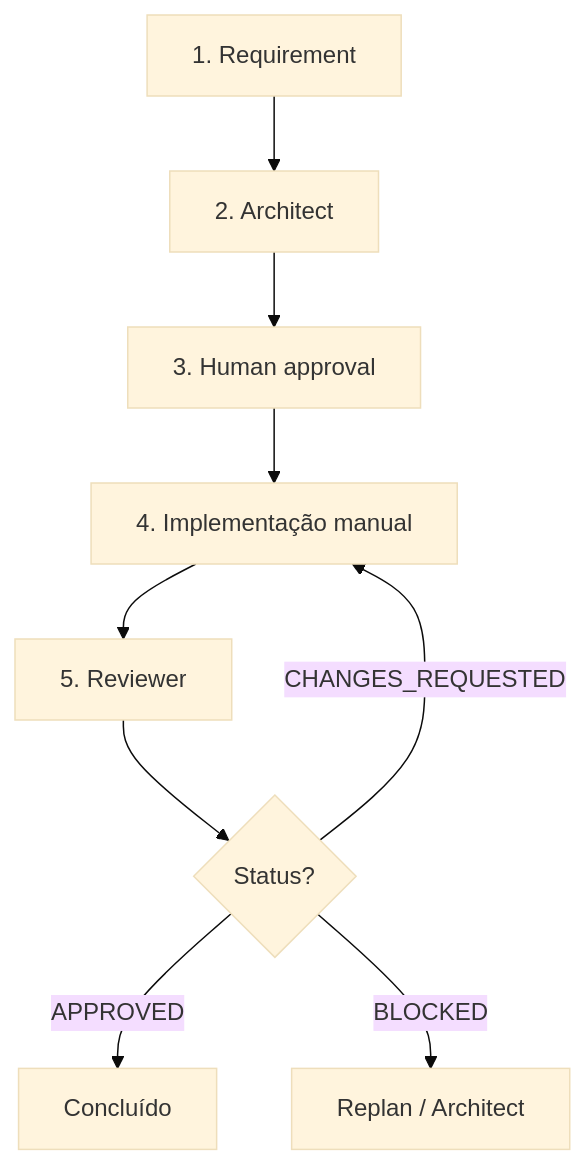
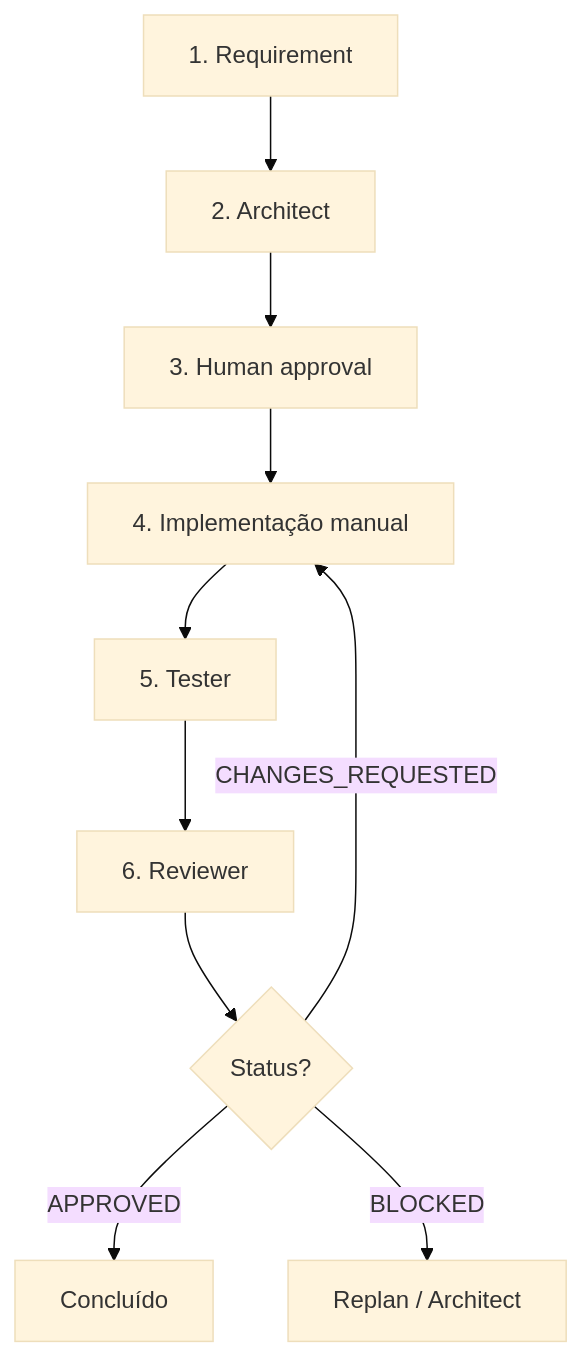
Before and after one commit to Lucas-Braz7x/engineering-agent: the diagram in .ai/workflows/feature.md, drawn with Mermaid (base theme). The commit also changed other lines of this file and 4 other files, not shown here.

````diff
--- a/.ai/workflows/feature.md
+++ b/.ai/workflows/feature.md
@@ -24,11 +25,12 @@
 ```mermaid
 flowchart TD
   R[1. Requirement] --> A[2. Architect]
   A --> H[3. Human approval]
   H --> I[4. Implementação manual]
-  I --> Rev[5. Reviewer]
+  I --> T[5. Tester]
+  T --> Rev[6. Reviewer]
   Rev --> D{Status?}
   D -->|APPROVED| OK[Concluído]
   D -->|CHANGES_REQUESTED| I
   D -->|BLOCKED| P[Replan / Architect]
 ```
````
